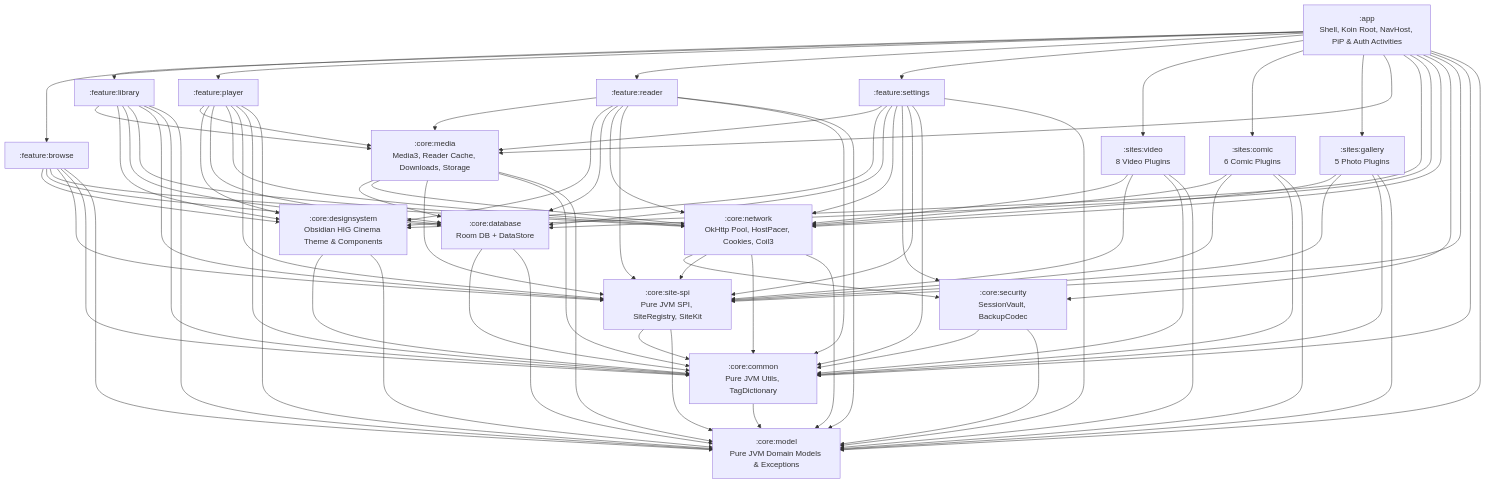
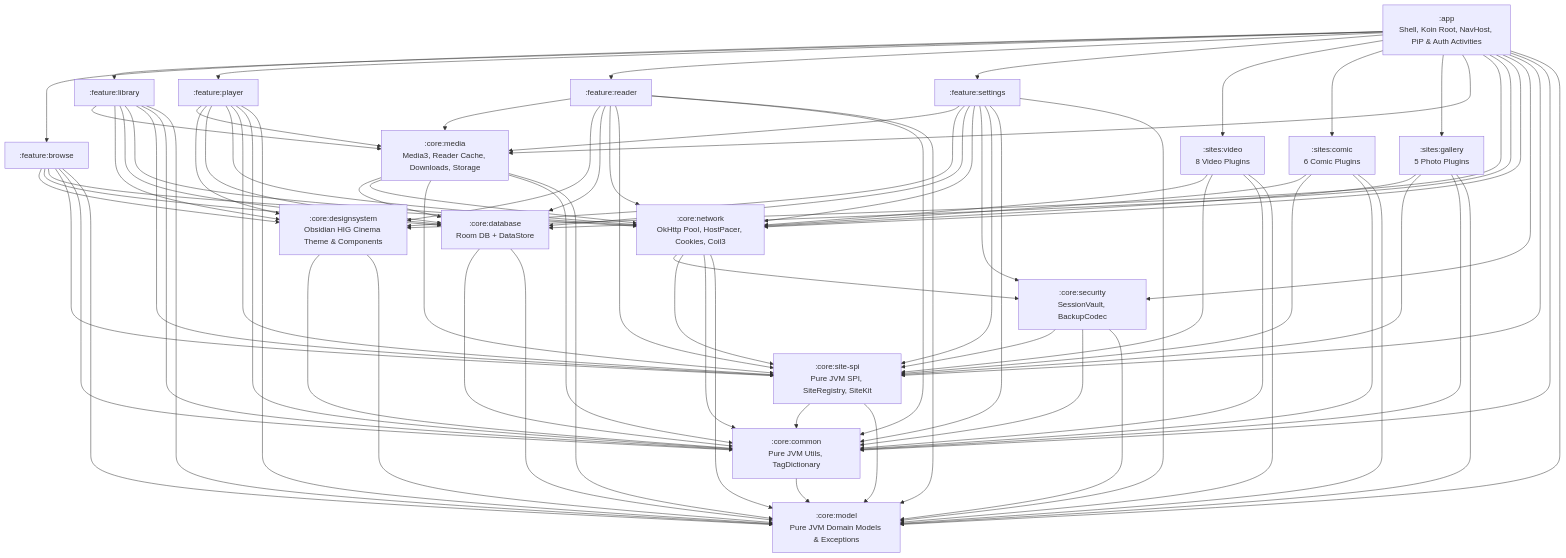
One commit to ywclgl258/Raven changed the diagram in docs/ARCHITECTURE.md. Above: the diagram before and after it, drawn with Mermaid. The commit also changed other lines of this file and 6 other files, not shown here.

````diff
--- a/docs/ARCHITECTURE.md
+++ b/docs/ARCHITECTURE.md
@@ -50,43 +50,43 @@
 ```mermaid
 flowchart TD
     app[":app<br/>Shell, Koin Root, NavHost, PiP & Auth Activities"]
 
     fb[":feature:browse"]
     fl[":feature:library"]
     fp[":feature:player"]
     fr[":feature:reader"]
     fs[":feature:settings"]
 
     sv[":sites:video<br/>8 Video Plugins"]
     sc[":sites:comic<br/>6 Comic Plugins"]
     sg[":sites:gallery<br/>5 Photo Plugins"]
 
     cm[":core:media<br/>Media3, Reader Cache, Downloads, Storage"]
     cd[":core:designsystem<br/>Obsidian HIG Cinema Theme & Components"]
     cdb[":core:database<br/>Room DB + DataStore"]
     cn[":core:network<br/>OkHttp Pool, HostPacer, Cookies, Coil3"]
     csec[":core:security<br/>SessionVault, BackupCodec"]
 
     spi[":core:site-spi<br/>Pure JVM SPI, SiteRegistry, SiteKit"]
     com[":core:common<br/>Pure JVM Utils, TagDictionary"]
     mod[":core:model<br/>Pure JVM Domain Models & Exceptions"]
 
     app --> fb & fl & fp & fr & fs
     app --> sv & sc & sg
     app --> cm & cd & cdb & cn & csec & spi & com & mod
 
     fb --> cd & cdb & cn & spi & com & mod
     fl --> cm & cd & cdb & cn & spi & com & mod
     fp --> cm & cd & cdb & cn & spi & com & mod
     fr --> cm & cd & cdb & cn & spi & com & mod
     fs --> cm & cd & cdb & cn & csec & spi & com & mod
 
     sv & sc & sg --> cn & spi & com & mod
     cm --> cdb & cn & spi & com & mod
     cn --> csec & spi & com & mod
     cdb --> com & mod
     cd --> com & mod
-    csec --> com & mod
+    csec --> spi & com & mod
     spi --> com & mod
     com --> mod
 ```
````
